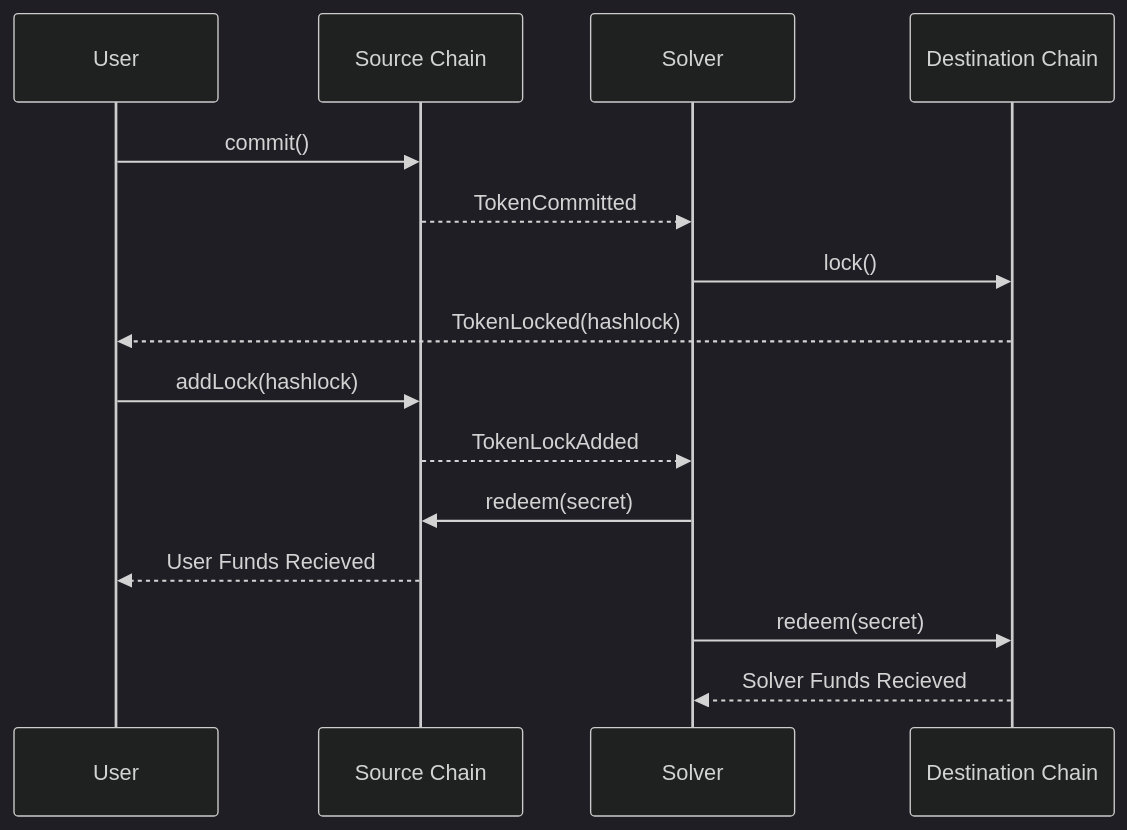
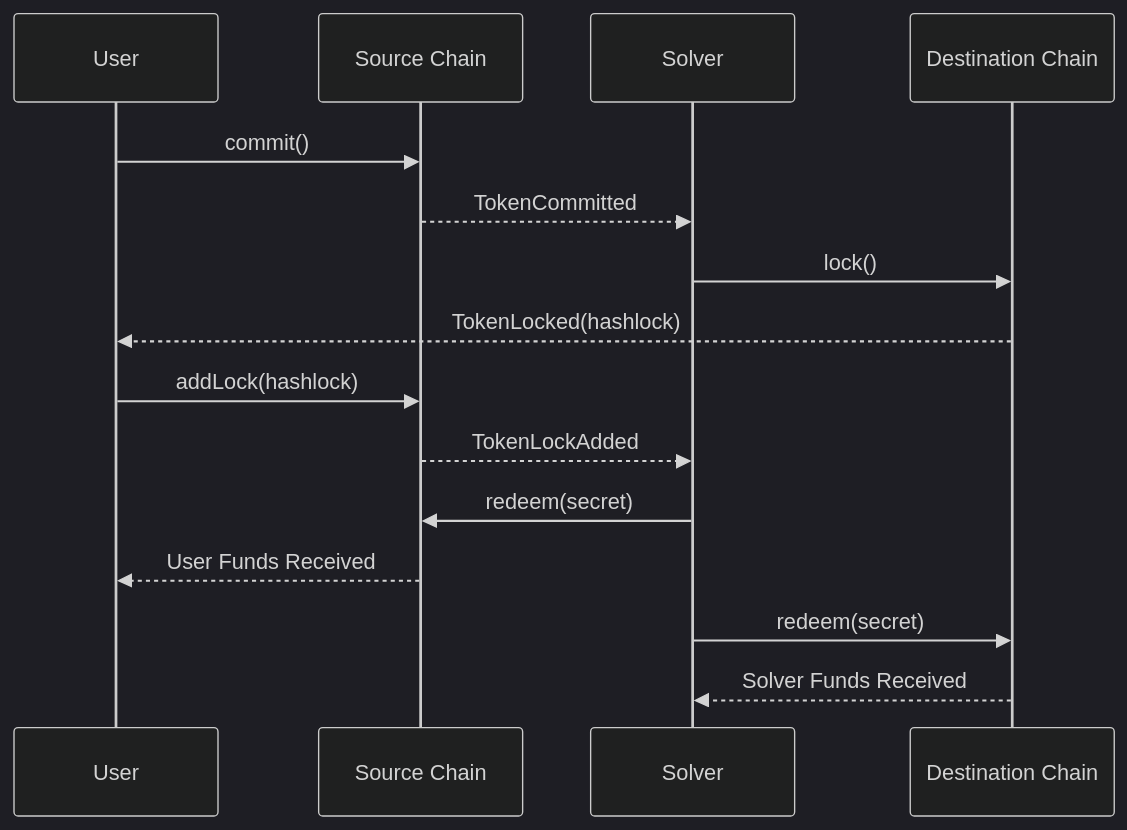
Before and after one commit to ethereum/L2-interop: the diagram in docs/intents/atomic-swaps.md, drawn with Mermaid (dark theme). The commit also changed other lines of this file and 9 other files, not shown here.

````diff
--- a/docs/intents/atomic-swaps.md
+++ b/docs/intents/atomic-swaps.md
@@ -20,19 +20,19 @@
 ```mermaid
 sequenceDiagram
     participant P1 as User
     participant SC as Source Chain
     participant P2 as Solver
     participant DC as Destination Chain
 
 
     P1->>SC: commit()
     SC-->>P2: TokenCommitted
     P2->>DC: lock()
     DC-->>P1: TokenLocked(hashlock)
     P1->>SC: addLock(hashlock)
     SC-->>P2: TokenLockAdded
     P2->>SC: redeem(secret)
-    SC-->>P1: User Funds Recieved 
+    SC-->>P1: User Funds Received 
     P2->>DC: redeem(secret)
-    DC-->>P2: Solver Funds Recieved
+    DC-->>P2: Solver Funds Received
 ```
````
